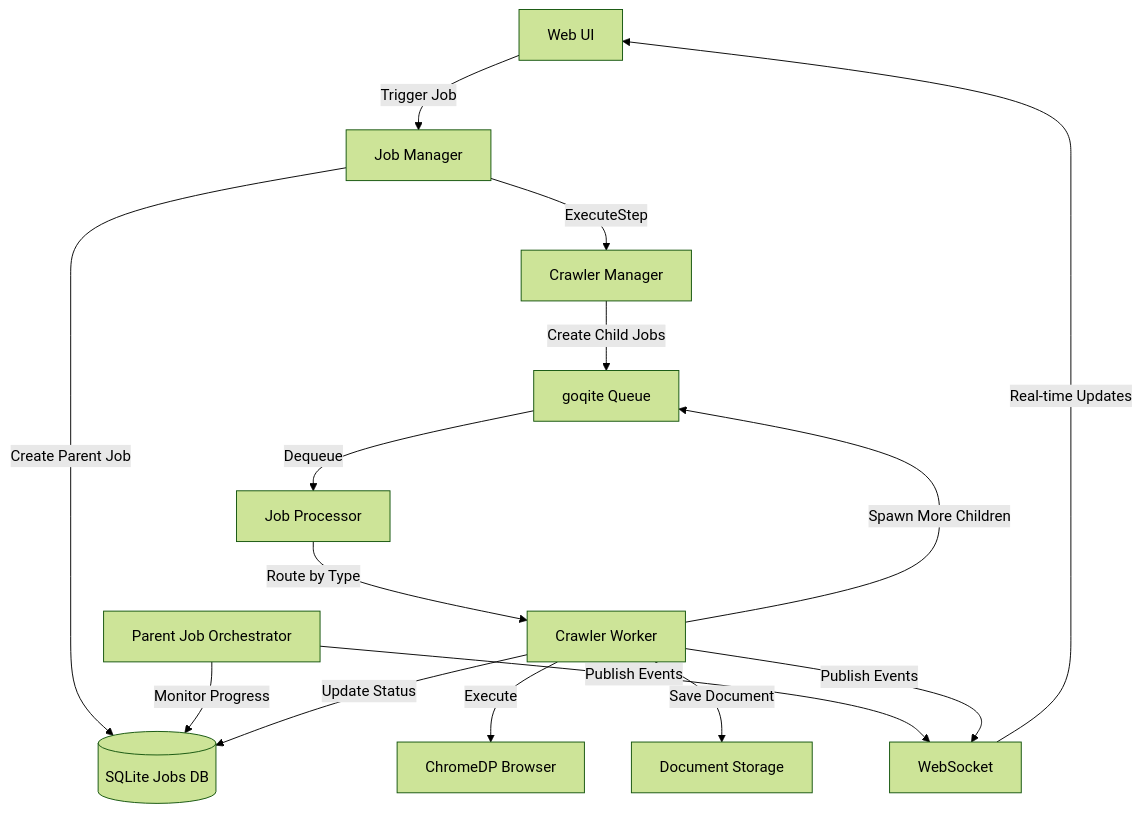
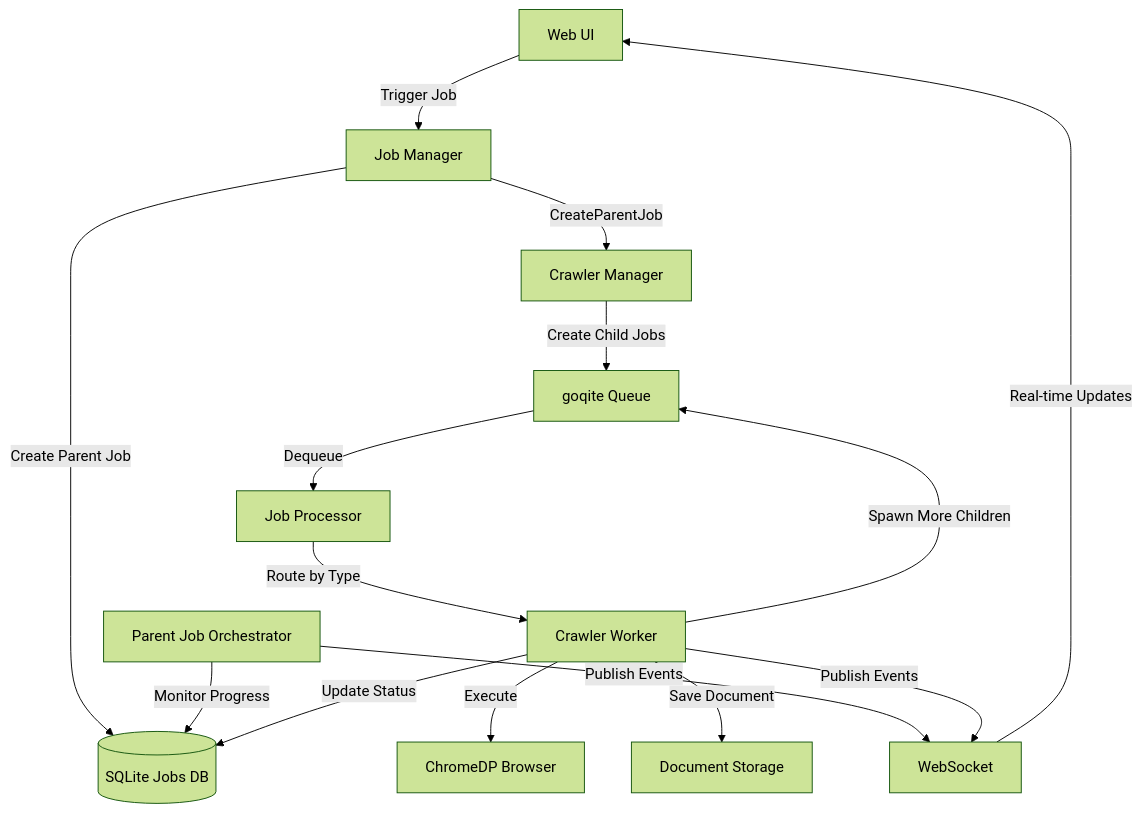
The first of 2 diagrams in docs/architecture/MANAGER_WORKER_ARCHITECTURE.md (ternarybob/quaero), drawn with Mermaid (forest theme) before and after one commit. The commit also changed other lines of this file and 62 other files, not shown here.

````diff
--- a/docs/architecture/MANAGER_WORKER_ARCHITECTURE.md
+++ b/docs/architecture/MANAGER_WORKER_ARCHITECTURE.md
@@ -23,20 +23,20 @@
 ```mermaid
 graph TB
     UI[Web UI] -->|Trigger Job| Manager[Job Manager]
     Manager -->|Create Parent Job| DB[(SQLite Jobs DB)]
-    Manager -->|ExecuteStep| StepExecutor[Crawler Manager]
+    Manager -->|CreateParentJob| StepExecutor[Crawler Manager]
     StepExecutor -->|Create Child Jobs| Queue[goqite Queue]
 
     Queue -->|Dequeue| Processor[Job Processor]
     Processor -->|Route by Type| Worker[Crawler Worker]
     Worker -->|Execute| ChromeDP[ChromeDP Browser]
     Worker -->|Save Document| DocStore[Document Storage]
     Worker -->|Spawn More Children| Queue
 
     Orchestrator[Parent Job Orchestrator] -->|Monitor Progress| DB
     Orchestrator -->|Publish Events| WS[WebSocket]
     WS -->|Real-time Updates| UI
 
     Worker -->|Update Status| DB
     Worker -->|Publish Events| WS
 ```
````
